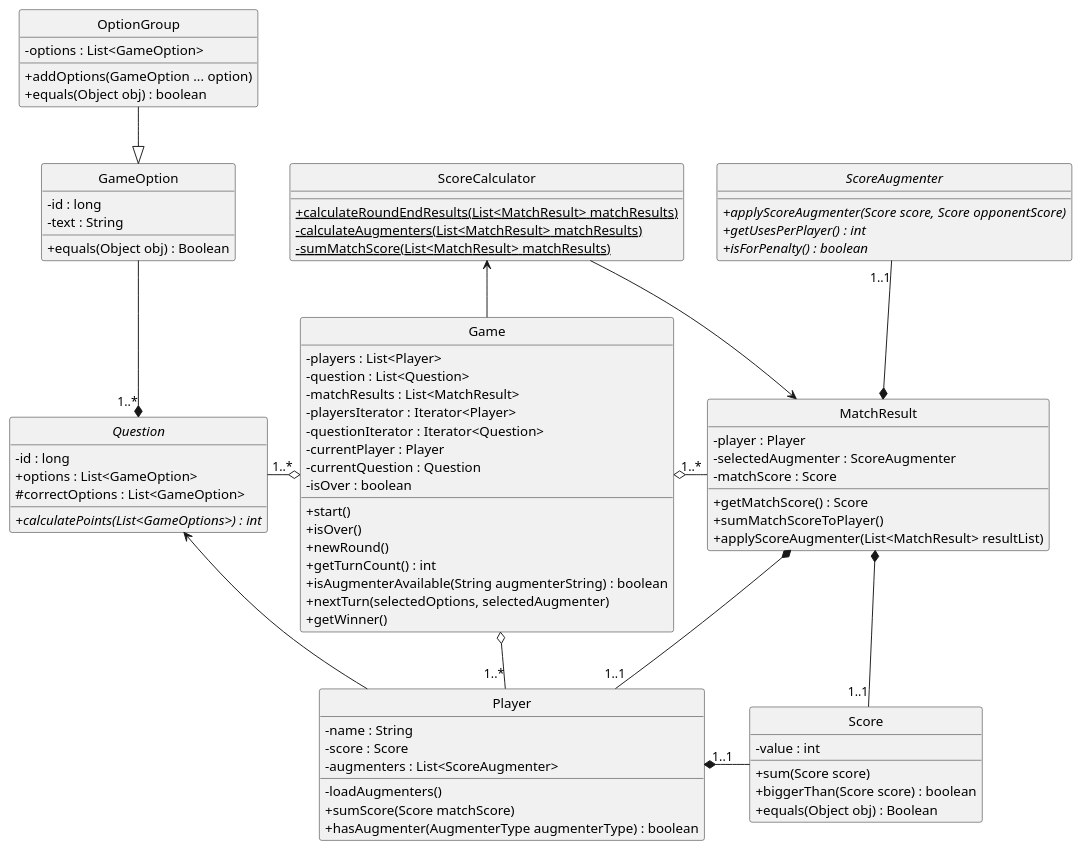
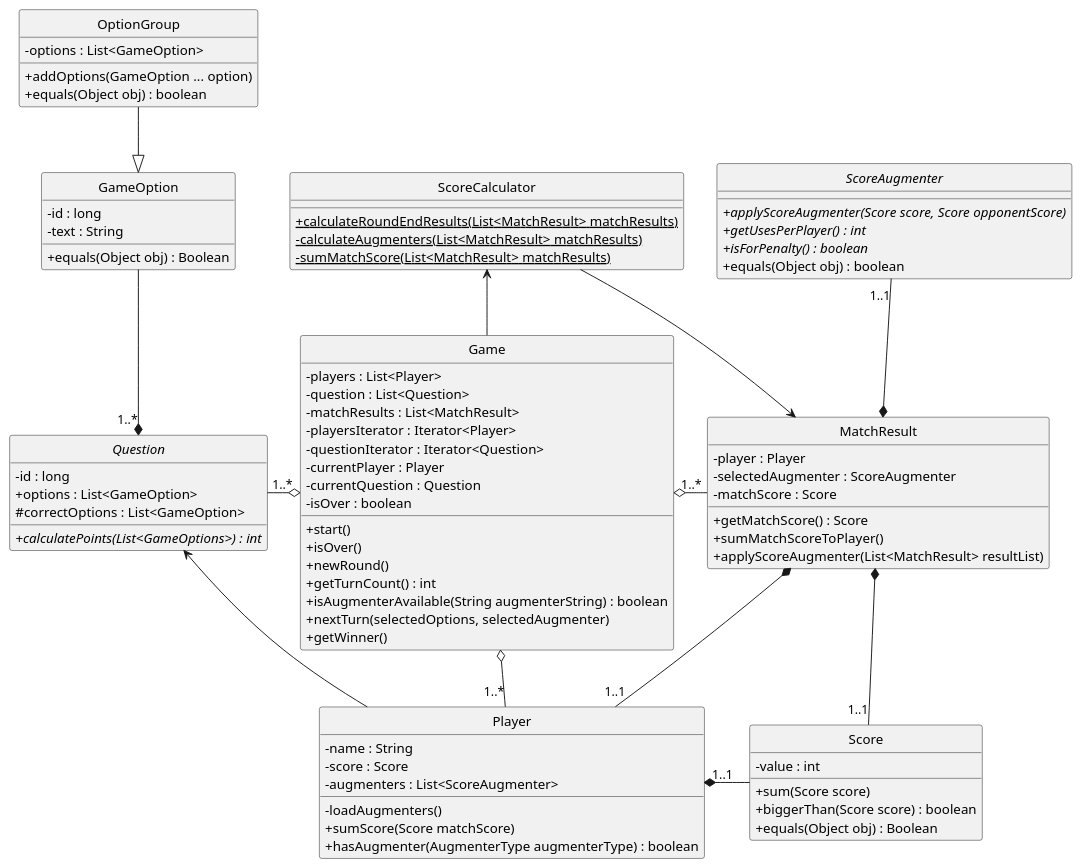
Before and after one commit to GEscandar/TP2-Kahoot: the diagram in docs/diagramaClases-Principal-TP2.plantuml, drawn with PlantUML. The commit also changed 4 other files, not shown here.

Commit message:
Más correcciones sobre diagramas

```diff
--- a/docs/diagramaClases-Principal-TP2.plantuml
+++ b/docs/diagramaClases-Principal-TP2.plantuml
@@ -1,98 +1,99 @@
 @startuml DiagramaUML-Clases-TP2
 hide circle
 skinparam classAttributeIconSize 0
 
 abstract Question{
     - id : long
     + options : List<GameOption>
     # correctOptions : List<GameOption>
     + {abstract}calculatePoints(List<GameOptions>) : int
 }
 
 class GameOption{
     - id : long
 	- text : String
     + equals(Object obj) : Boolean
 }
 
 class OptionGroup{
     - options : List<GameOption>
     + addOptions(GameOption ... option)
     + equals(Object obj) : boolean
 }
 
 class MatchResult{
     - player : Player
 	- selectedAugmenter : ScoreAugmenter
 	- matchScore : Score
     + getMatchScore() : Score
     + sumMatchScoreToPlayer()
     + applyScoreAugmenter(List<MatchResult> resultList) 
 }
 
 class Score{
     - value : int
     + sum(Score score)
     + biggerThan(Score score) : boolean
     + equals(Object obj) : Boolean
 }
 
 class Game{	
     - players : List<Player>
 	- question : List<Question>
     - matchResults : List<MatchResult>
     - playersIterator : Iterator<Player>
     - questionIterator : Iterator<Question>
 	- currentPlayer : Player
     - currentQuestion : Question
     - isOver : boolean
     + start()
     + isOver()
     + newRound()
     + getTurnCount() : int
     + isAugmenterAvailable(String augmenterString) : boolean
     + nextTurn(selectedOptions, selectedAugmenter)
     + getWinner()
 }
 
 class ScoreCalculator{
     + {static} calculateRoundEndResults(List<MatchResult> matchResults)
 	- {static} calculateAugmenters(List<MatchResult> matchResults)
     - {static} sumMatchScore(List<MatchResult> matchResults)
 }
 
 class Player{
     - name : String
 	- score : Score
     - augmenters : List<ScoreAugmenter>
 	- loadAugmenters()
     + sumScore(Score matchScore)
     + hasAugmenter(AugmenterType augmenterType) : boolean
 }
 
 abstract ScoreAugmenter{
     + {abstract}applyScoreAugmenter(Score score, Score opponentScore)
     + {abstract}getUsesPerPlayer() : int 
     + {abstract}isForPenalty() : boolean
+    + equals(Object obj) : boolean
 }
 
 
 Game  o--left"1..*"  Question
 Game o--"1..*"  Player
 Game o--right"1..*"  MatchResult
 Game --up> ScoreCalculator
 
 MatchResult *--up"1..1" ScoreAugmenter
 MatchResult *--"1..1" Player
 MatchResult *--down"1..1" Score 
 
 ScoreCalculator --> MatchResult
 
 Player --up> Question
 
 Player "1..1"*--right Score
 
 Question "1..*"*--up GameOption
 OptionGroup --down|> GameOption
 
 @enduml
```
